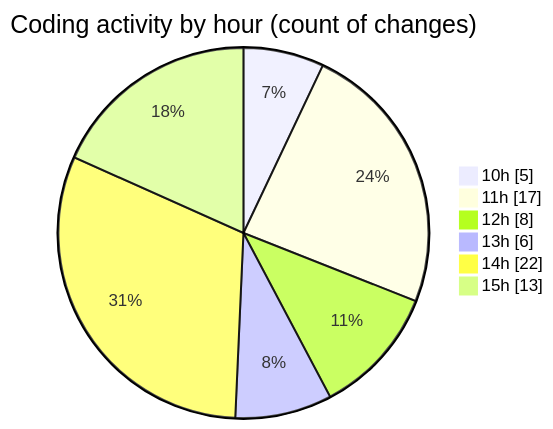
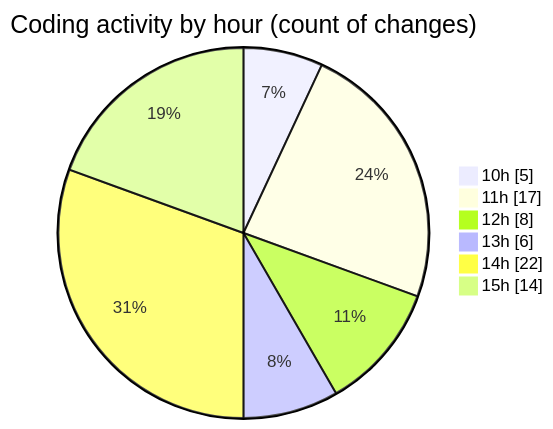
Before and after one commit to CELIANVF/code-tracking: the second of 2 diagrams in 2025-05-05/ecodeli/README.md, drawn with Mermaid. The commit also changed other lines of this file and 1 other file, not shown here.

````diff
--- a/2025-05-05/ecodeli/README.md
+++ b/2025-05-05/ecodeli/README.md
@@ -58,10 +58,10 @@
 ```mermaid
 pie showData
 title Coding activity by hour (count of changes)
 "10h" : 5
 "11h" : 17
 "12h" : 8
 "13h" : 6
 "14h" : 22
-"15h" : 13
+"15h" : 14
 ```
````
